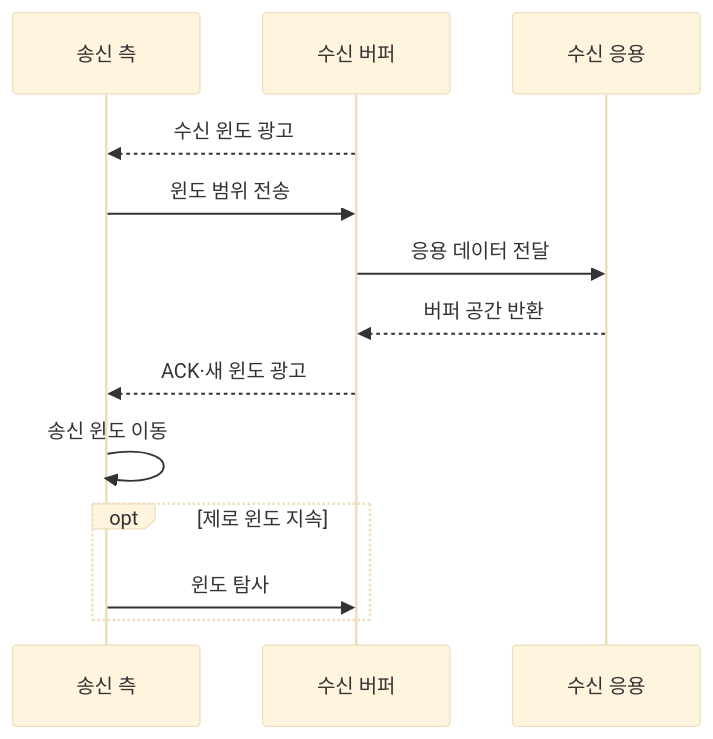
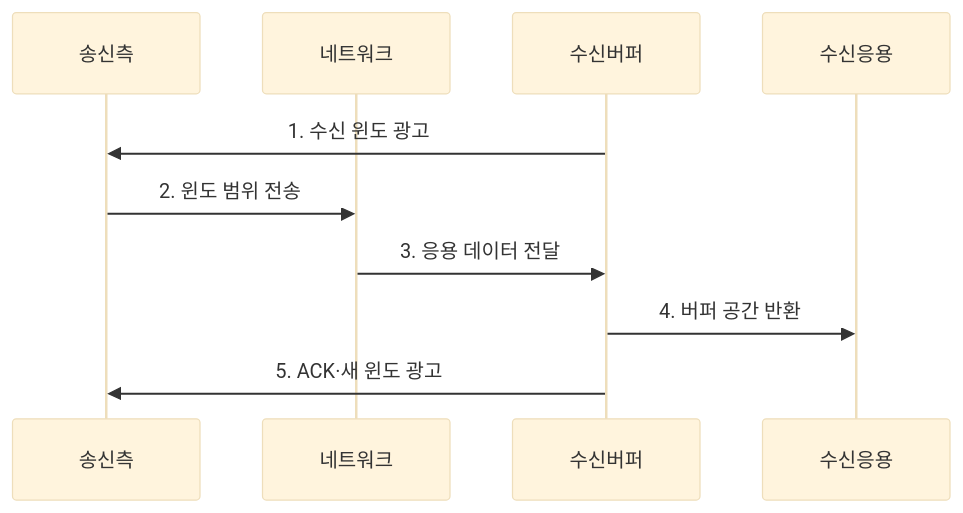
One commit to agnusdei1207/knowledge-base changed the second of 2 diagrams in src/content/docs/notes/04-network/024_tcp_flow_control.md. Above: the diagram before and after it, drawn with Mermaid (base theme). The commit also changed other lines of this file and 20 other files, not shown here.

````diff
--- a/src/content/docs/notes/04-network/024_tcp_flow_control.md
+++ b/src/content/docs/notes/04-network/024_tcp_flow_control.md
@@ -83,15 +86,12 @@
 ```mermaid
 sequenceDiagram
-    participant S as 송신 측
-    participant R as 수신 버퍼
-    participant A as 수신 응용
-    R-->>S: 수신 윈도 광고
-    S->>R: 윈도 범위 전송
-    R->>A: 응용 데이터 전달
-    A-->>R: 버퍼 공간 반환
-    R-->>S: ACK·새 윈도 광고
-    S->>S: 송신 윈도 이동
-    opt 제로 윈도 지속
-        S->>R: 윈도 탐사
-    end
+    participant 송신측
+    participant 네트워크
+    participant 수신버퍼
+    participant 수신응용
+    수신버퍼->>송신측: 1. 수신 윈도 광고
+    송신측->>네트워크: 2. 윈도 범위 전송
+    네트워크->>수신버퍼: 3. 응용 데이터 전달
+    수신버퍼->>수신응용: 4. 버퍼 공간 반환
+    수신버퍼->>송신측: 5. ACK·새 윈도 광고
 ```
````
